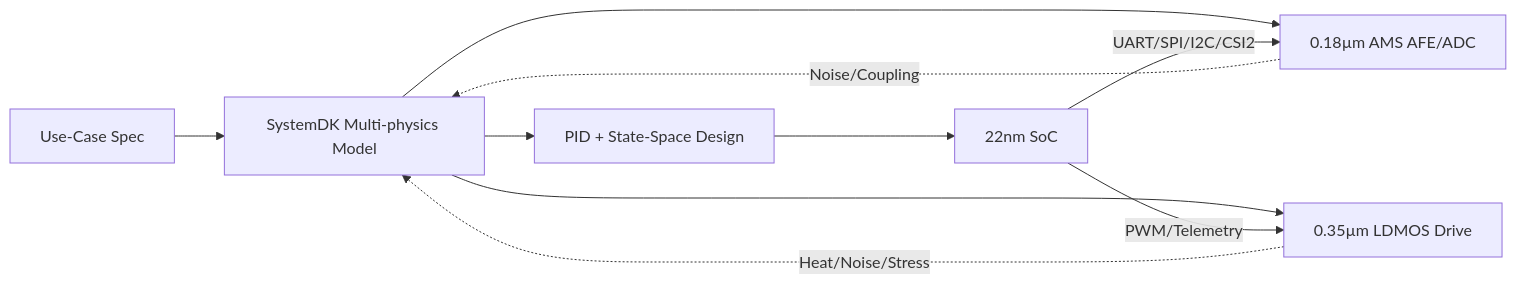
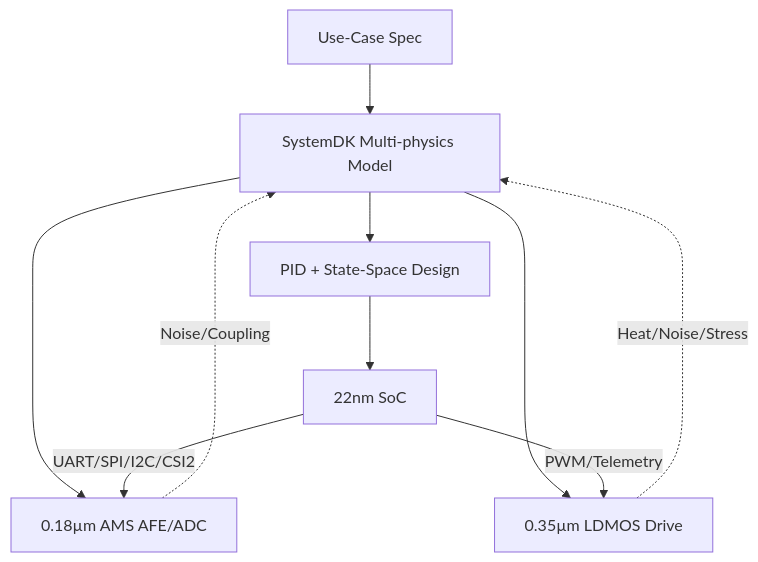
The diagram in PoC/humanoid/README.md (Samizo-AITL/AITL-H), drawn with Mermaid before and after one commit. The commit also changed other lines of this file, not shown here.

````diff
--- a/PoC/humanoid/README.md
+++ b/PoC/humanoid/README.md
@@ -47,12 +49,12 @@
 ```mermaid
-flowchart LR
+flowchart TB
   Spec[Use-Case Spec] --> Model[SystemDK Multi-physics Model]
   Model --> Ctrl[PID + State-Space Design]
   Ctrl --> RTL[22nm SoC]
   Model --> AMS[0.18µm AMS AFE/ADC]
   Model --> PWR[0.35µm LDMOS Drive]
   RTL -->|UART/SPI/I2C/CSI2| AMS
   RTL -->|PWM/Telemetry| PWR
   PWR -.Heat/Noise/Stress.-> Model
   AMS -.Noise/Coupling.-> Model
 ```
````
